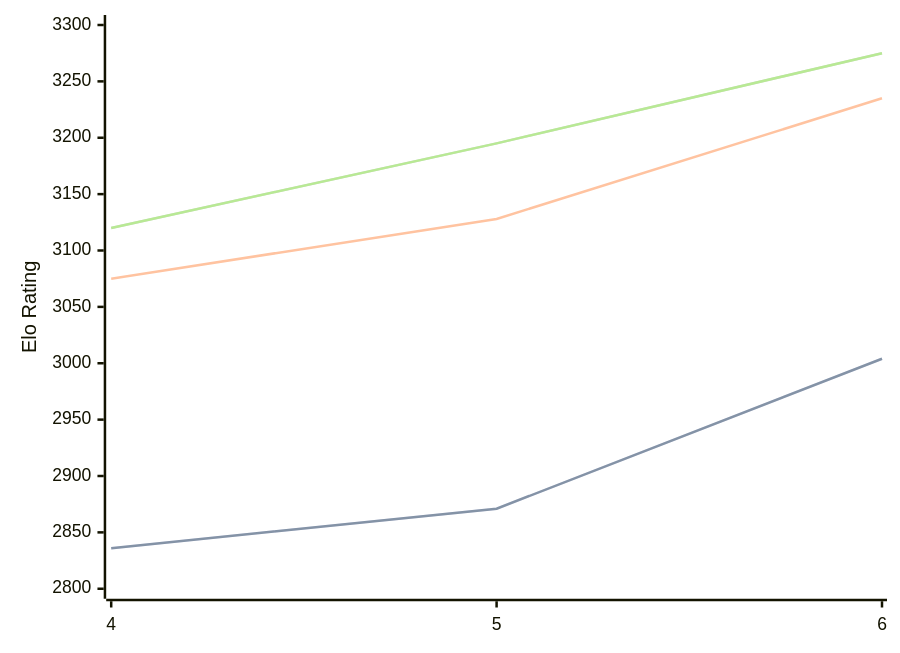
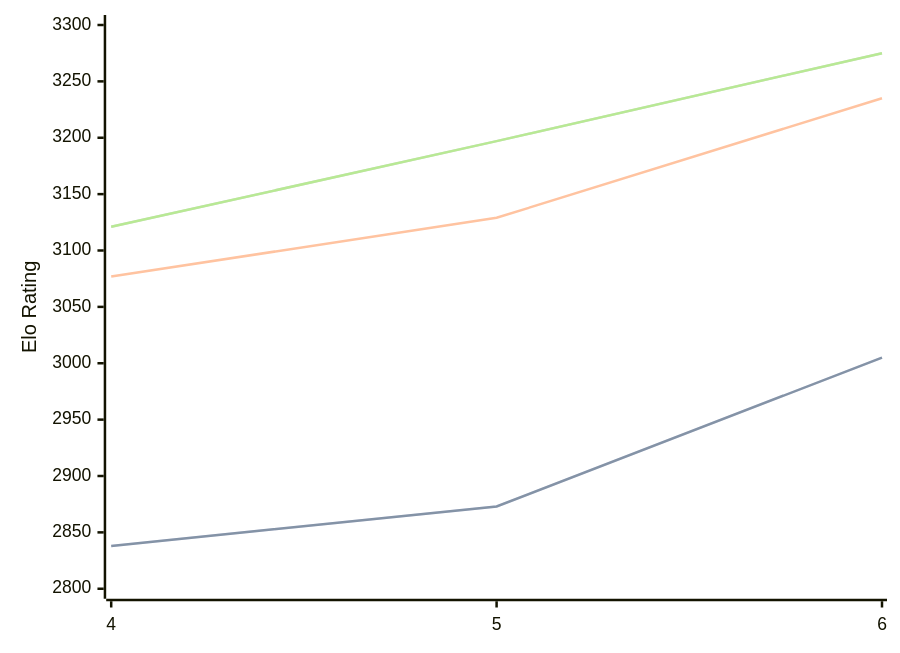
One commit to computer-chess-index/cci changed the diagram in engines/Cwtch.md. Above: the diagram before and after it, drawn with Mermaid. The commit also changed other lines of this file, not shown here.

Commit message:
Update CCI Ratings (ELO VLTC) - 2026-07-24

````diff
--- a/engines/Cwtch.md
+++ b/engines/Cwtch.md
@@ -36,11 +36,11 @@
 ```mermaid
 %%{init: {"theme":"base","themeVariables":{"seriesColors:['#a3a3a3','#222221','#faa371']}}}%%
 xychart-beta
   x-axis ["4", "5", "6"]
   y-axis "Elo Rating" 2800 --> 3300
-  line "STC (8.0+0.08s)" [2836, 2871, 3004]
-  line "STC (8.0+0.08s)" [2836, 2871, 3004]
-  line "LTC (60.0+0.60s)" [3075, 3128, 3235]
-  line "VLTC (2m24s+1.12s)" [3120, 3195, 3275]
-  line "VLTC (2m24s+1.12s)" [3120, 3195, 3275]
+  line "STC (8.0+0.08s)" [2838, 2873, 3005]
+  line "STC (8.0+0.08s)" [2838, 2873, 3005]
+  line "LTC (60.0+0.60s)" [3077, 3129, 3235]
+  line "VLTC (2m24s+1.12s)" [3121, 3197, 3275]
+  line "VLTC (2m24s+1.12s)" [3121, 3197, 3275]
 ```
````
